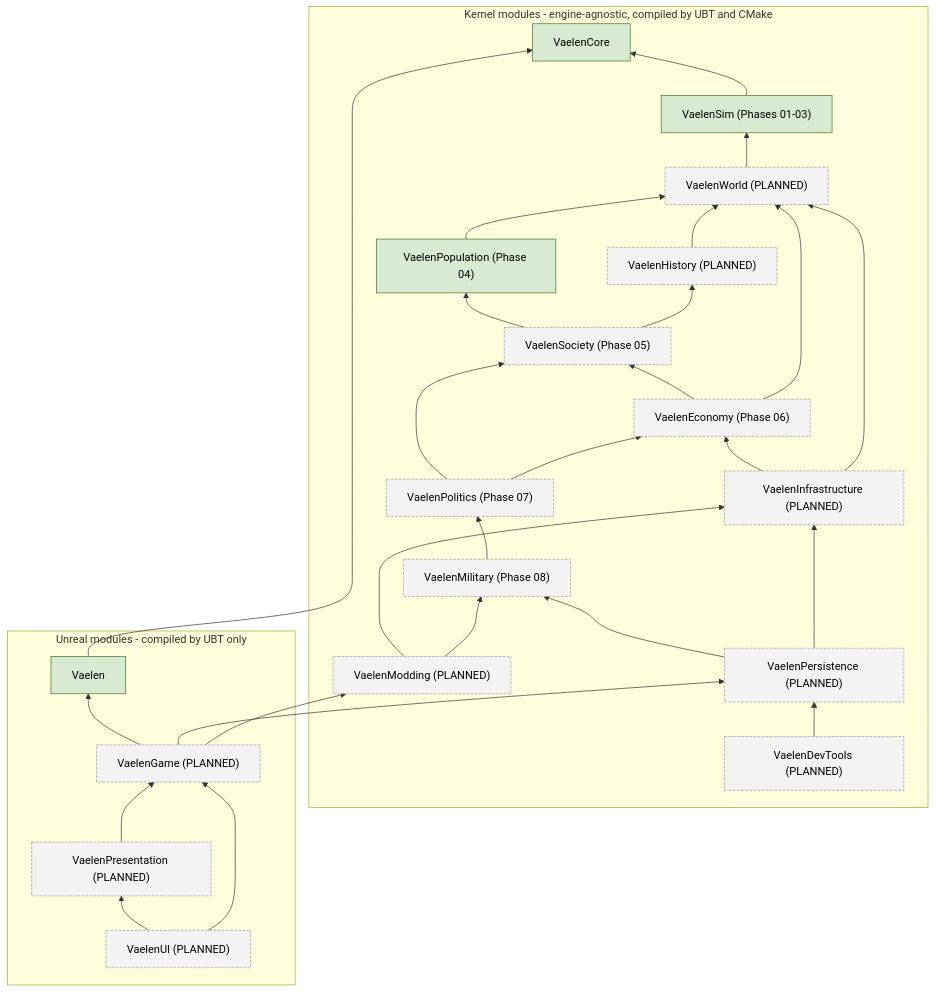
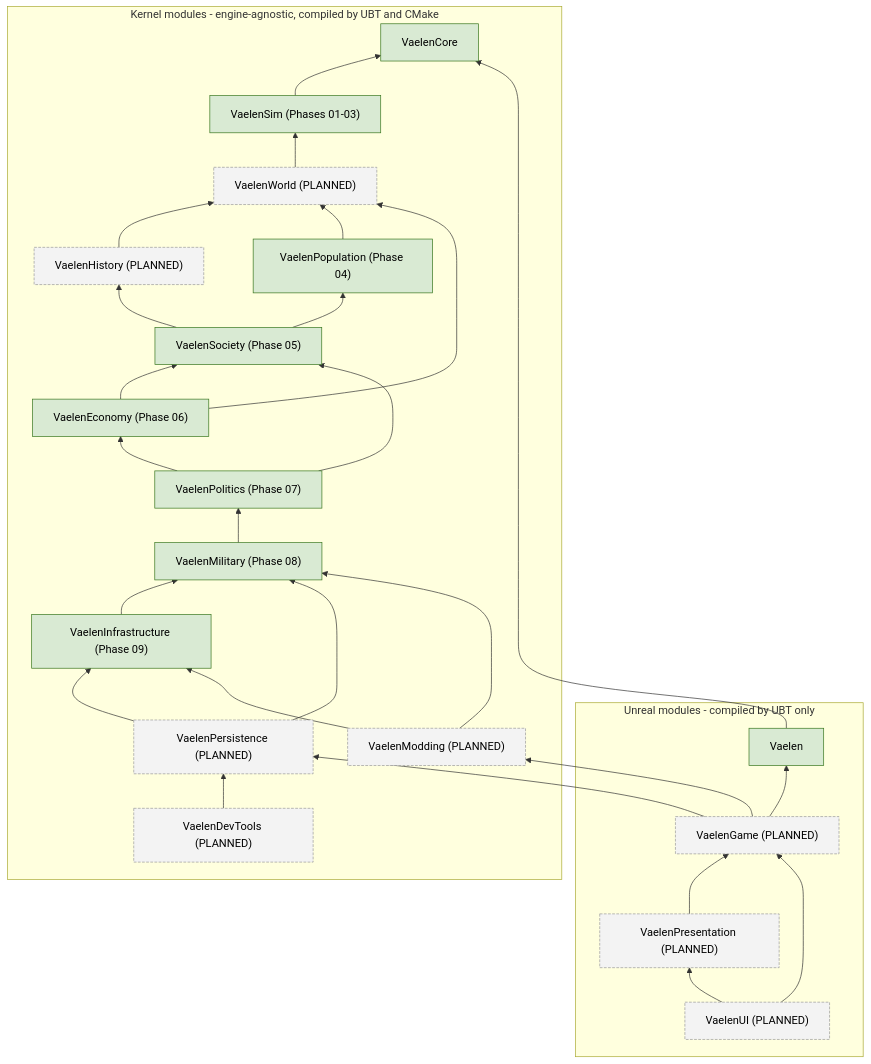
Before and after one commit to Thomas10112/vaelen: the second of 2 diagrams in Docs/ARCHITECTURE.md, drawn with Mermaid. The commit also changed other lines of this file and 16 other files, not shown here.

````diff
--- a/Docs/ARCHITECTURE.md
+++ b/Docs/ARCHITECTURE.md
@@ -172,56 +173,55 @@
 ```mermaid
 flowchart BT
     subgraph Kernel["Kernel modules - engine-agnostic, compiled by UBT and CMake"]
         Core["VaelenCore"]
         Sim["VaelenSim (Phases 01-03)"]
         World["VaelenWorld (PLANNED)"]
         History["VaelenHistory (PLANNED)"]
         Population["VaelenPopulation (Phase 04)"]
         Society["VaelenSociety (Phase 05)"]
         Economy["VaelenEconomy (Phase 06)"]
         Politics["VaelenPolitics (Phase 07)"]
         Military["VaelenMilitary (Phase 08)"]
-        Infrastructure["VaelenInfrastructure (PLANNED)"]
+        Infrastructure["VaelenInfrastructure (Phase 09)"]
         Persistence["VaelenPersistence (PLANNED)"]
         DevTools["VaelenDevTools (PLANNED)"]
         Modding["VaelenModding (PLANNED)"]
     end
     subgraph Unreal["Unreal modules - compiled by UBT only"]
         Bridge["Vaelen"]
         Game["VaelenGame (PLANNED)"]
         Presentation["VaelenPresentation (PLANNED)"]
         UI["VaelenUI (PLANNED)"]
     end
 
     Sim --> Core
     World --> Sim
     History --> World
     Population --> World
     Society --> Population
     Society --> History
     Economy --> Society
     Economy --> World
     Politics --> Society
     Politics --> Economy
     Military --> Politics
-    Infrastructure --> Economy
-    Infrastructure --> World
+    Infrastructure --> Military
     Persistence --> Military
     Persistence --> Infrastructure
     DevTools --> Persistence
     Modding --> Infrastructure
     Modding --> Military
 
     Bridge --> Core
     Game --> Bridge
     Game --> Persistence
     Game --> Modding
     Presentation --> Game
     UI --> Presentation
     UI --> Game
 
     classDef existing fill:#d9ead3,stroke:#38761d,color:#000;
     classDef planned fill:#f3f3f3,stroke:#999,color:#000,stroke-dasharray: 4 2;
-    class Core,Bridge,Sim,Population existing;
-    class World,History,Society,Economy,Politics,Military,Infrastructure,Persistence,DevTools,Modding,Game,Presentation,UI planned;
+    class Core,Bridge,Sim,Population,Society,Economy,Politics,Military,Infrastructure existing;
+    class World,History,Persistence,DevTools,Modding,Game,Presentation,UI planned;
 ```
````
